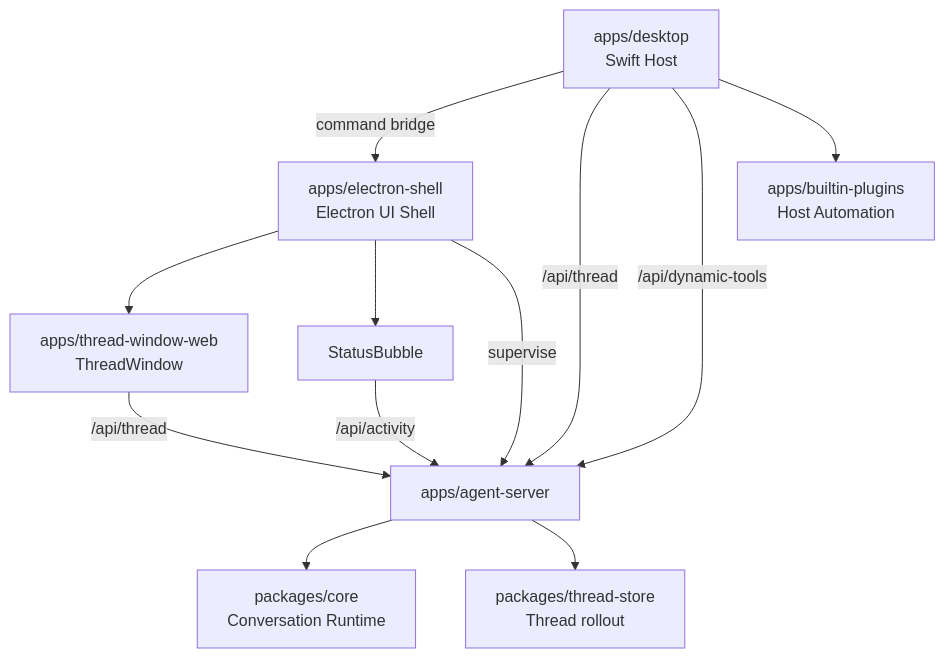
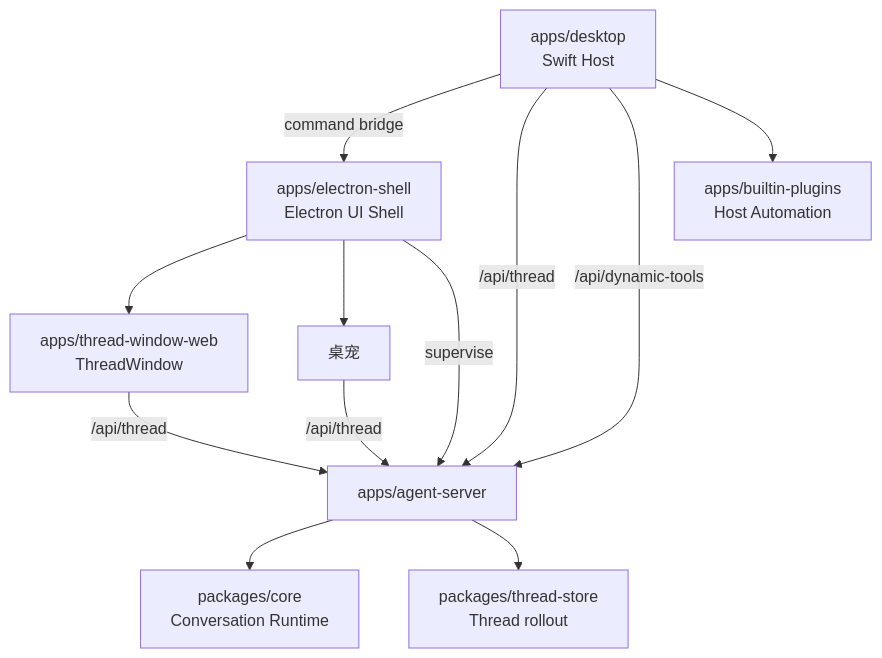
The diagram in handAgent.md (Lixuhang987/Wisp-Pocket), drawn with Mermaid before and after one commit. The commit also changed other lines of this file and 120 other files, not shown here.

````diff
--- a/handAgent.md
+++ b/handAgent.md
@@ -7,14 +7,14 @@
 ```mermaid
 flowchart TD
   D[apps/desktop<br/>Swift Host] -->|command bridge| E[apps/electron-shell<br/>Electron UI Shell]
   E --> W[apps/thread-window-web<br/>ThreadWindow]
-  E --> A[StatusBubble]
+  E --> A[桌宠]
   E -->|supervise| S[apps/agent-server]
   D -->|/api/thread| S
   D -->|/api/dynamic-tools| S
   W -->|/api/thread| S
-  A -->|/api/activity| S
+  A -->|/api/thread| S
   S --> C[packages/core<br/>Conversation Runtime]
   S --> T[packages/thread-store<br/>Thread rollout]
   D --> P[apps/builtin-plugins<br/>Host Automation]
 ```
````
